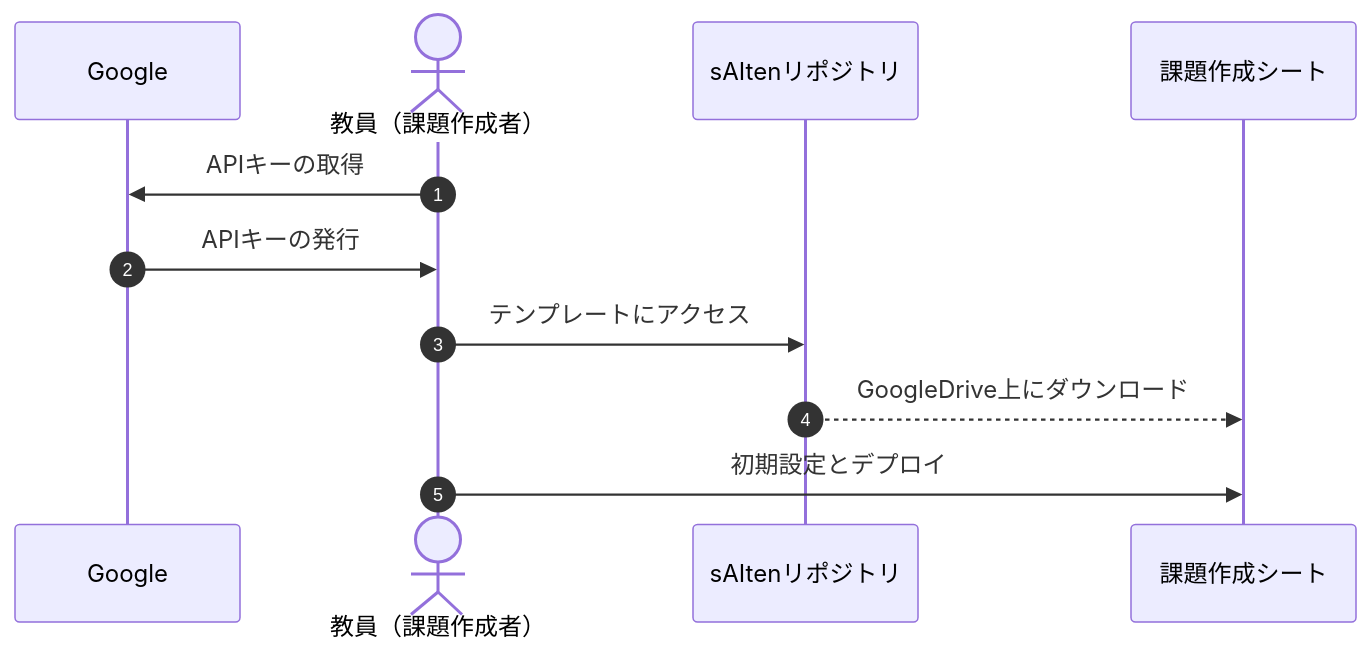
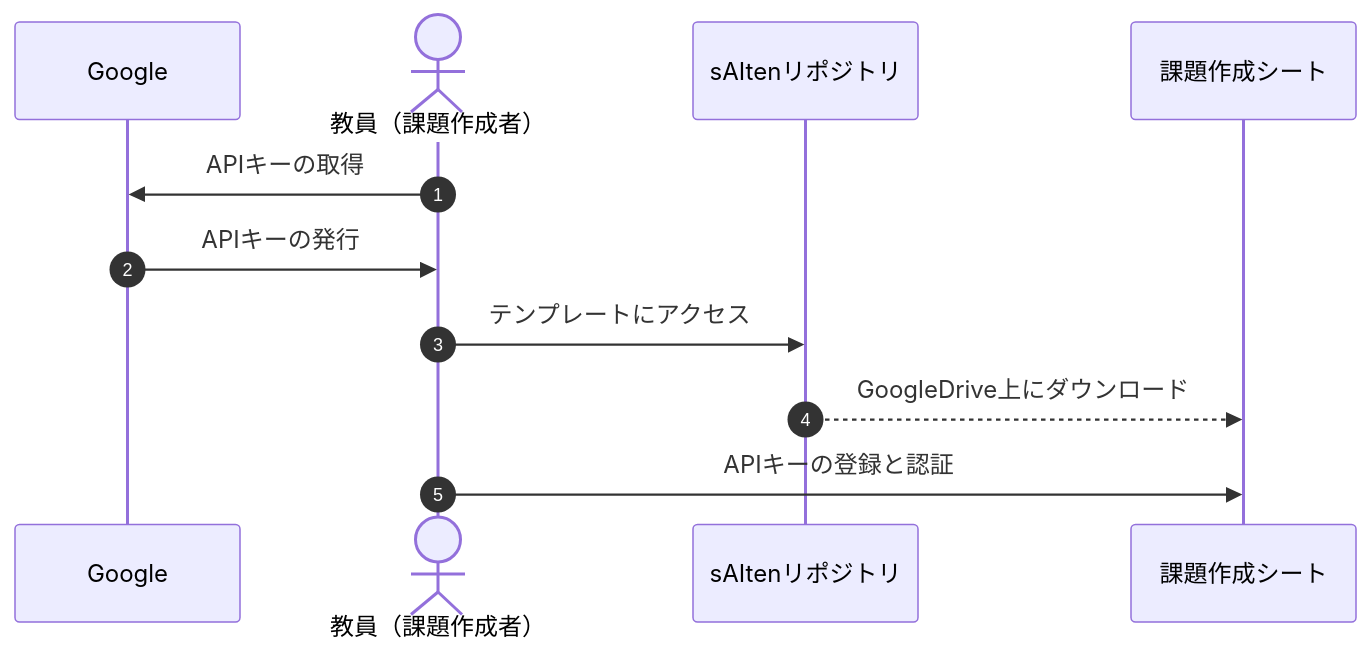
One commit to YujiSue/sAIten changed the first of 4 diagrams in README_JA.md. Above: the diagram before and after it, drawn with Mermaid. The commit also changed other lines of this file, not shown here.

````diff
--- a/README_JA.md
+++ b/README_JA.md
@@ -35,15 +36,15 @@
 ```mermaid
 sequenceDiagram
     autonumber
     participant Google as Google
     actor Author as 教員（課題作成者）
     participant Repo as sAItenリポジトリ
     participant Main as 課題作成シート
 
     Author->>Google: APIキーの取得
     Google->>Author: APIキーの発行
     Author->>Repo: テンプレートにアクセス
     Repo-->>Main: GoogleDrive上にダウンロード
-    Author->>Main: 初期設定とデプロイ
+    Author->>Main: APIキーの登録と認証
 
 ```
````
